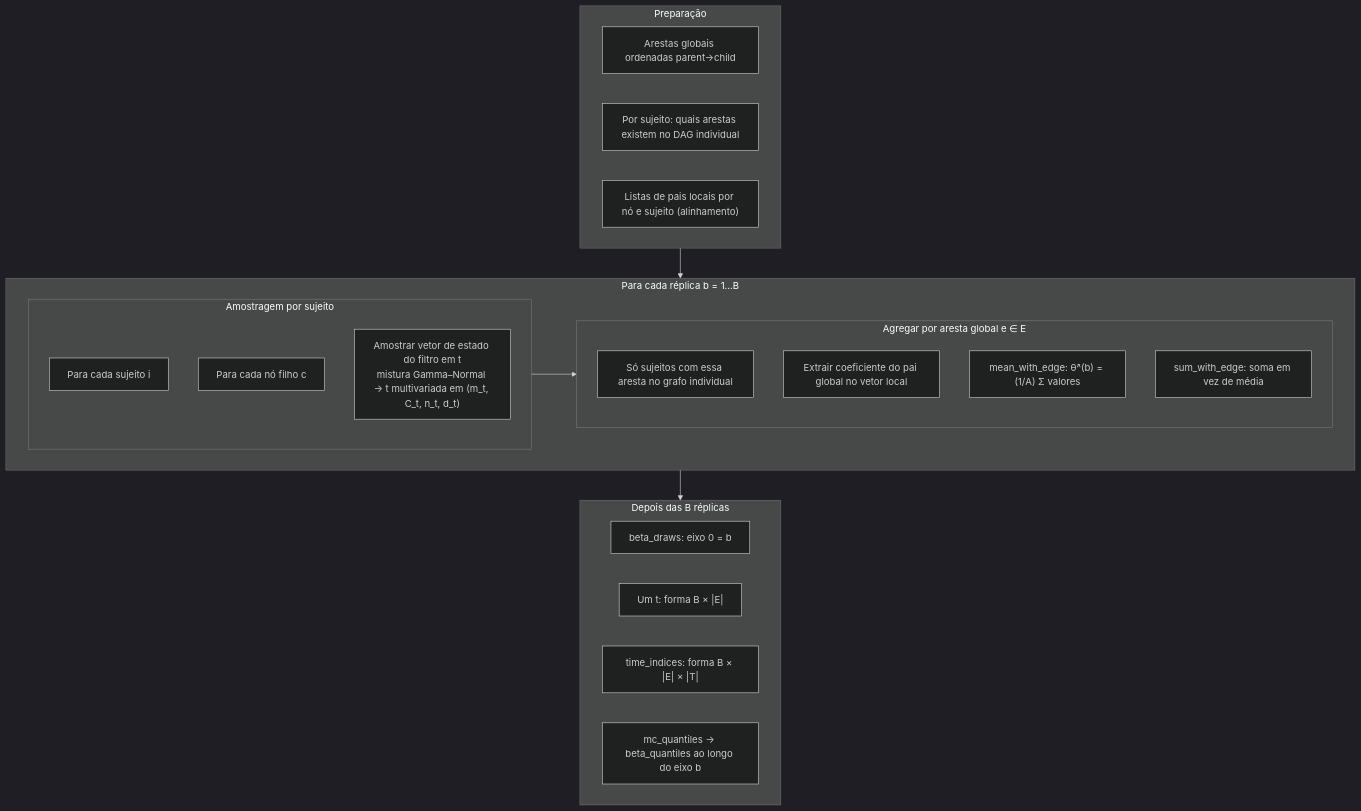
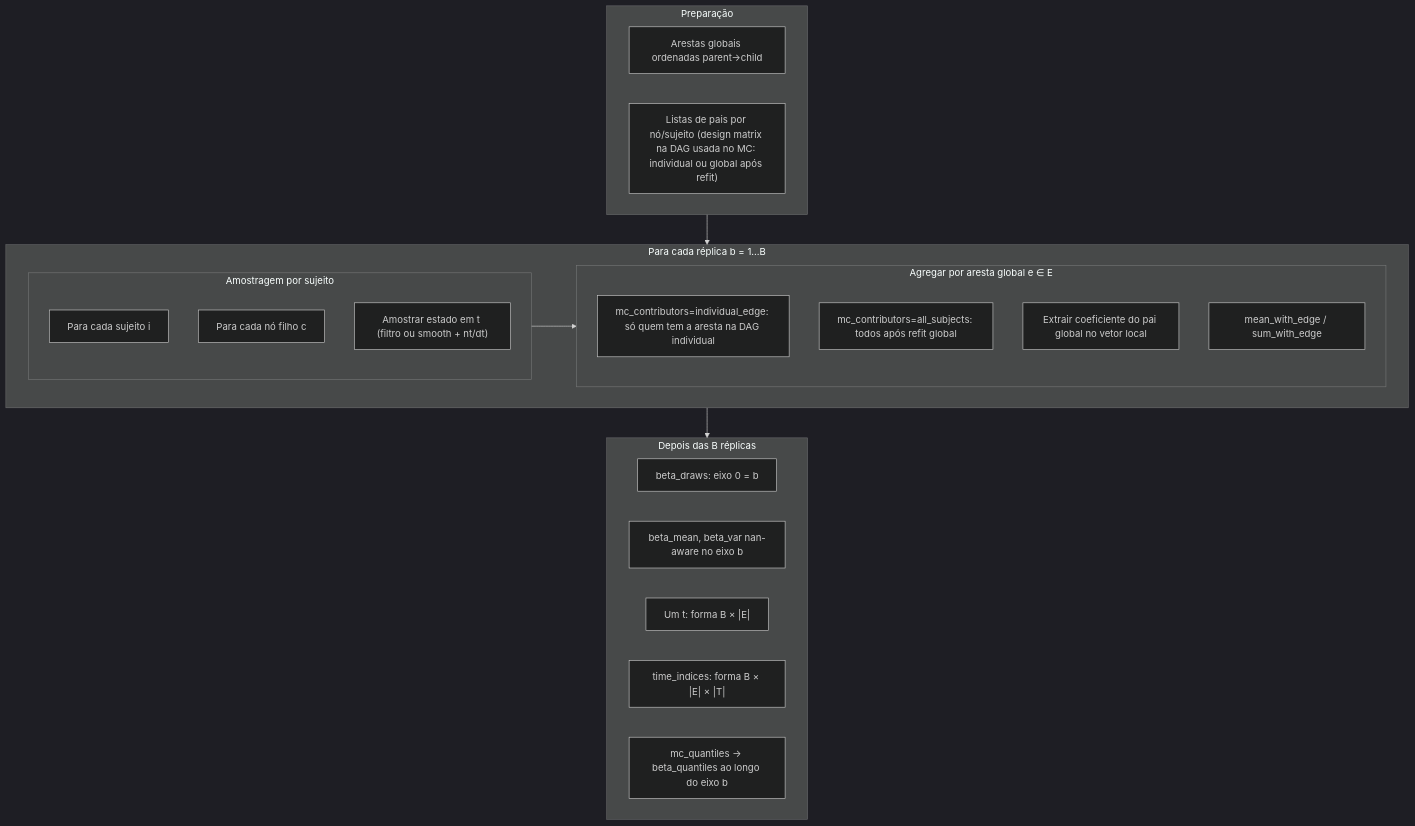
Before and after one commit to maods2/mdmp: the third of 4 diagrams in mdmp/group_analysis/is/aggregation_diagrams.md, drawn with Mermaid (dark theme). The commit also changed other lines of this file and 22 other files, not shown here.

````diff
--- a/mdmp/group_analysis/is/aggregation_diagrams.md
+++ b/mdmp/group_analysis/is/aggregation_diagrams.md
@@ -74,34 +96,34 @@
 ```mermaid
 flowchart TD
   subgraph prep["Preparação"]
     E["Arestas globais ordenadas parent→child"]
-    A["Por sujeito: quais arestas existem no DAG individual"]
-    PL["Listas de pais locais por nó e sujeito (alinhamento)"]
+    PL["Listas de pais por nó/sujeito (design matrix na DAG usada no MC: individual ou global após refit)"]
   end
 
   subgraph rep["Para cada réplica b = 1…B"]
     subgraph samp["Amostragem por sujeito"]
       Si["Para cada sujeito i"]
       Nj["Para cada nó filho c"]
-      Draw["Amostrar vetor de estado do filtro em t<br/>mistura Gamma–Normal → t multivariada em (m_t, C_t, n_t, d_t)"]
+      Draw["Amostrar estado em t (filtro ou smooth + nt/dt)"]
     end
 
     subgraph pool["Agregar por aresta global e ∈ E"]
-      Cont["Só sujeitos com essa aresta no grafo individual"]
+      Ind["mc_contributors=individual_edge: só quem tem a aresta na DAG individual"]
+      All["mc_contributors=all_subjects: todos após refit global"]
       Align["Extrair coeficiente do pai global no vetor local"]
-      Mean["mean_with_edge: θ̄^(b) = (1/A) Σ valores"]
-      Sum["sum_with_edge: soma em vez de média"]
+      Mean["mean_with_edge / sum_with_edge"]
     end
   end
 
   subgraph post["Depois das B réplicas"]
     BD["beta_draws: eixo 0 = b"]
+    MV["beta_mean, beta_var nan-aware no eixo b"]
     T1["Um t: forma B × |E|"]
     Tk["time_indices: forma B × |E| × |T|"]
     Q["mc_quantiles → beta_quantiles ao longo do eixo b"]
   end
 
   prep --> rep
   samp --> pool
   rep --> post
 ```
````
